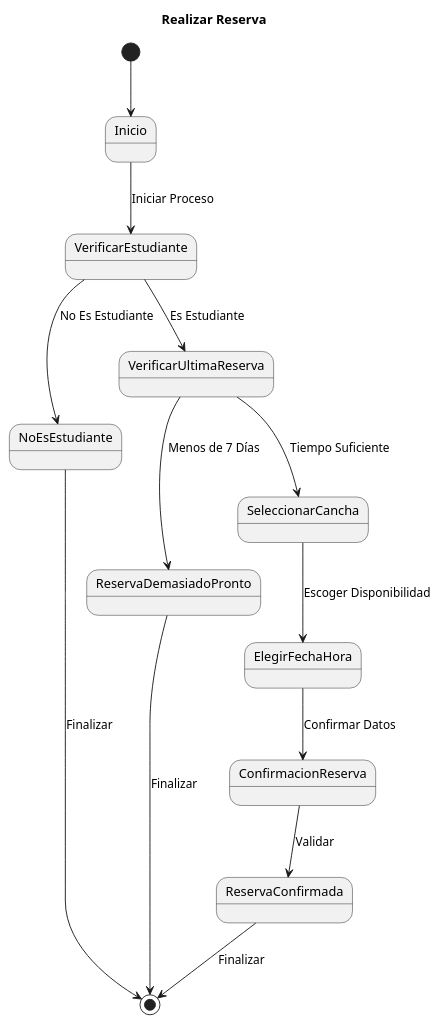
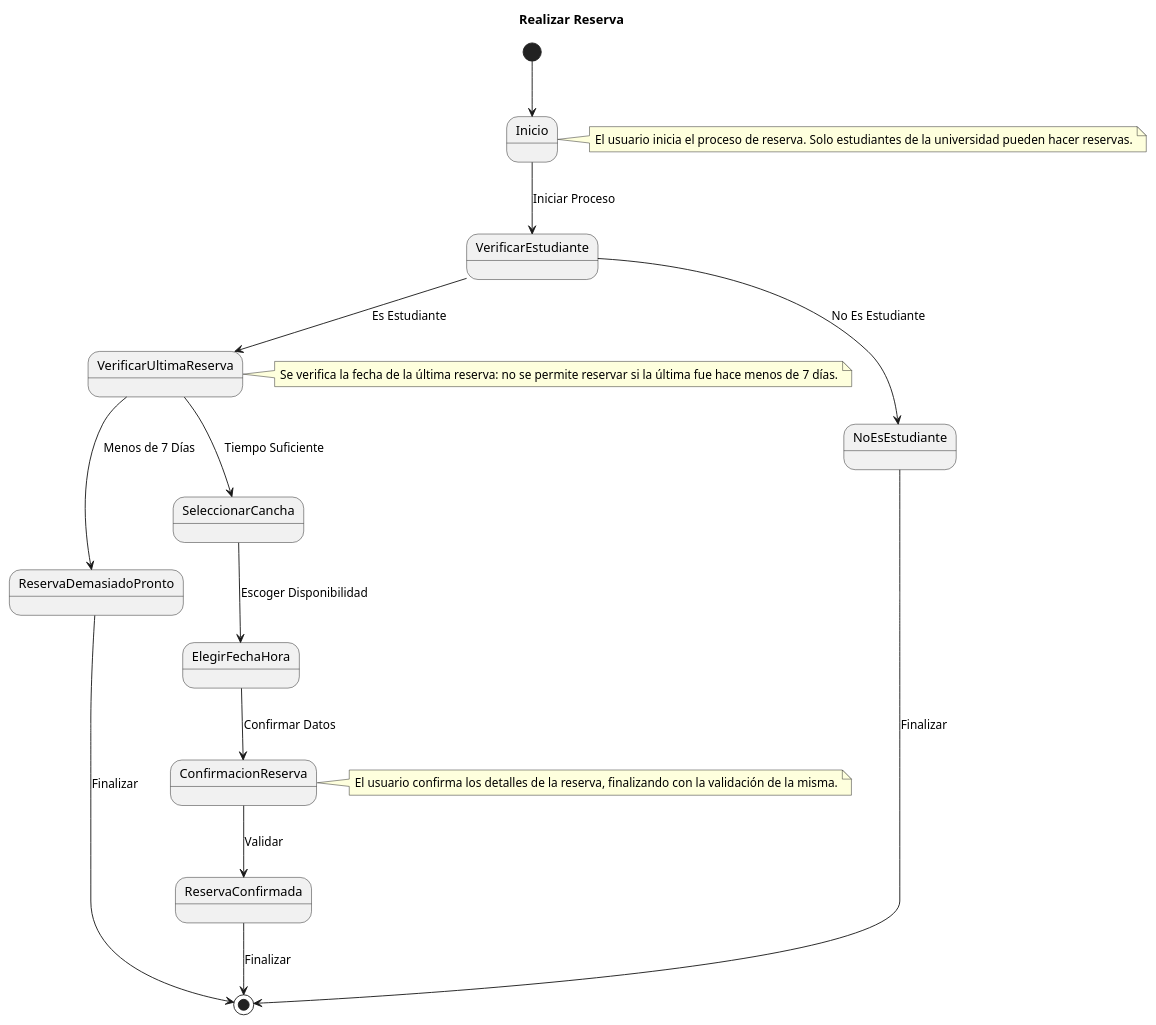
Before and after one commit to pablarce/23-24-IdSw1-SDR: the diagram in CasosDeUso/CduDetallados/CduReserva/RealizarReserva.puml, drawn with PlantUML.

Commit message:
Se le agregan nota al CDU de RealizarReserva

```diff
--- a/CasosDeUso/CduDetallados/CduReserva/RealizarReserva.puml
+++ b/CasosDeUso/CduDetallados/CduReserva/RealizarReserva.puml
@@ -1,17 +1,30 @@
 @startuml
 title Realizar Reserva
 
 [*] --> Inicio
+note right of Inicio
+ El usuario inicia el proceso de reserva. Solo estudiantes de la universidad pueden hacer reservas.
+end note
+
 Inicio --> VerificarEstudiante : Iniciar Proceso
 VerificarEstudiante --> NoEsEstudiante : No Es Estudiante
 VerificarEstudiante --> VerificarUltimaReserva : Es Estudiante
+note right of VerificarUltimaReserva
+ Se verifica la fecha de la última reserva: no se permite reservar si la última fue hace menos de 7 días.
+end note
+
 VerificarUltimaReserva --> ReservaDemasiadoPronto : Menos de 7 Días
 VerificarUltimaReserva --> SeleccionarCancha : Tiempo Suficiente
 SeleccionarCancha --> ElegirFechaHora : Escoger Disponibilidad
+
 ElegirFechaHora --> ConfirmacionReserva : Confirmar Datos
+note right of ConfirmacionReserva
+ El usuario confirma los detalles de la reserva, finalizando con la validación de la misma.
+end note
+
 ConfirmacionReserva --> ReservaConfirmada : Validar
 ReservaConfirmada --> [*] : Finalizar
 NoEsEstudiante --> [*] : Finalizar
 ReservaDemasiadoPronto --> [*] : Finalizar
 
 @enduml
```
